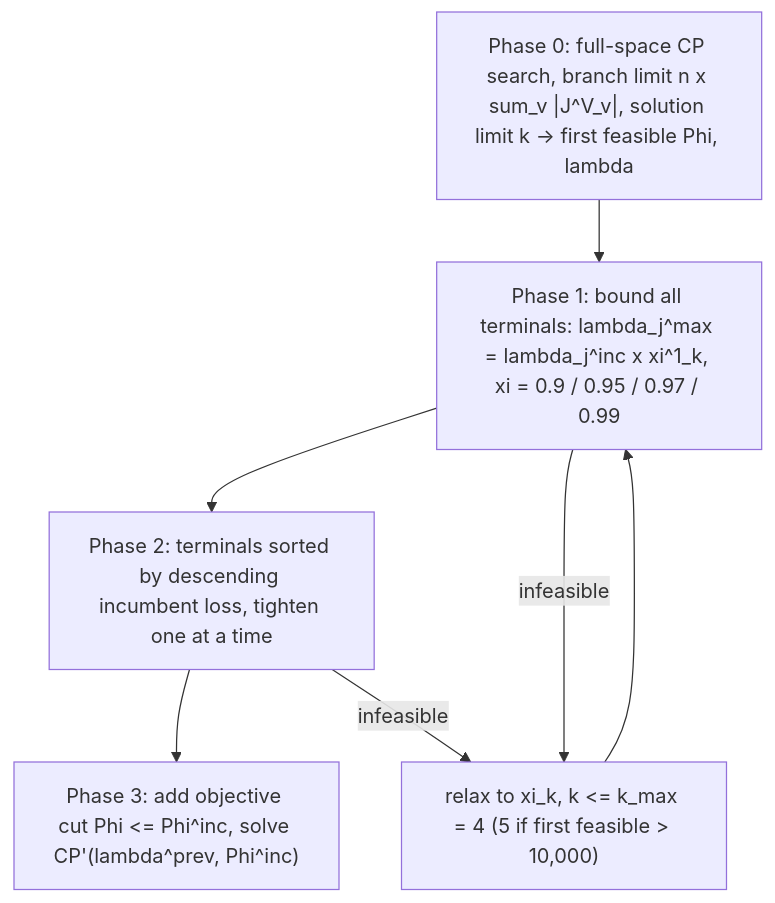
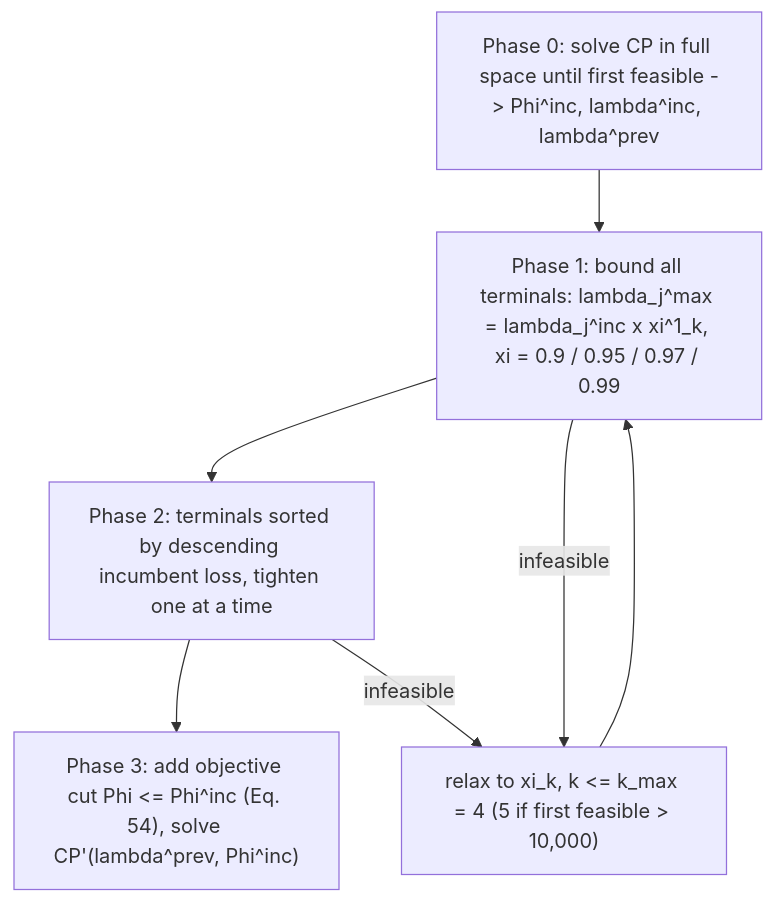
The diagram in concepts/cumulative-volume-lower-bound-cp-search.md (NguyenTatDat21/tatdat-vault), drawn with Mermaid before and after one commit. The commit also changed other lines of this file and 3 other files, not shown here.

````diff
--- a/concepts/cumulative-volume-lower-bound-cp-search.md
+++ b/concepts/cumulative-volume-lower-bound-cp-search.md
@@ -60,11 +59,11 @@
 ```mermaid
 flowchart TD
-  P0["Phase 0: full-space CP search, branch limit n x sum_v |J^V_v|, solution limit k -> first feasible Phi, lambda"]
+  P0["Phase 0: solve CP in full space until first feasible -> Phi^inc, lambda^inc, lambda^prev"]
   P1["Phase 1: bound all terminals: lambda_j^max = lambda_j^inc x xi^1_k, xi = 0.9 / 0.95 / 0.97 / 0.99"]
   P2["Phase 2: terminals sorted by descending incumbent loss, tighten one at a time"]
-  P3["Phase 3: add objective cut Phi <= Phi^inc, solve CP'(lambda^prev, Phi^inc)"]
+  P3["Phase 3: add objective cut Phi <= Phi^inc (Eq. 54), solve CP'(lambda^prev, Phi^inc)"]
   P0 --> P1 --> P2 --> P3
   P1 -- infeasible --> R1["relax to xi_k, k <= k_max = 4 (5 if first feasible > 10,000)"]
   P2 -- infeasible --> R1
   R1 --> P1
 ```
````
